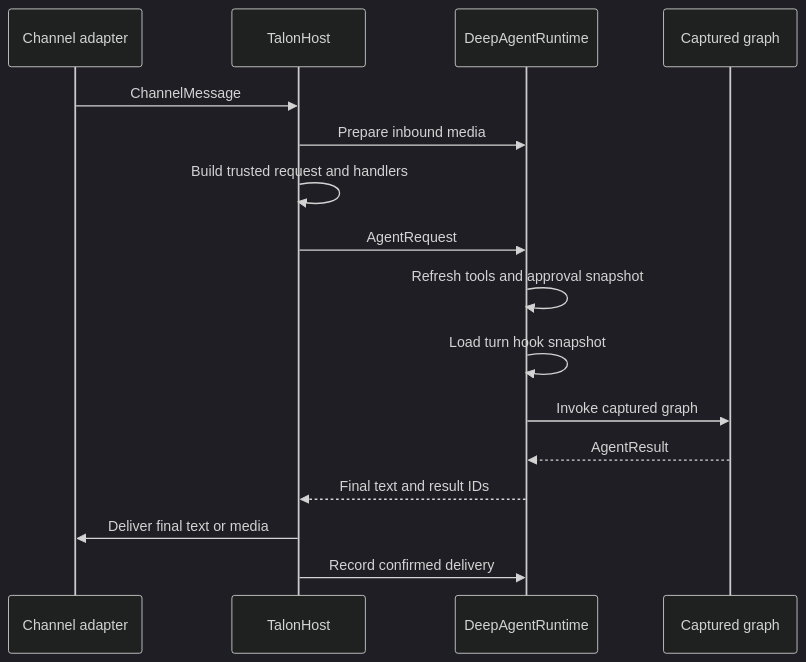
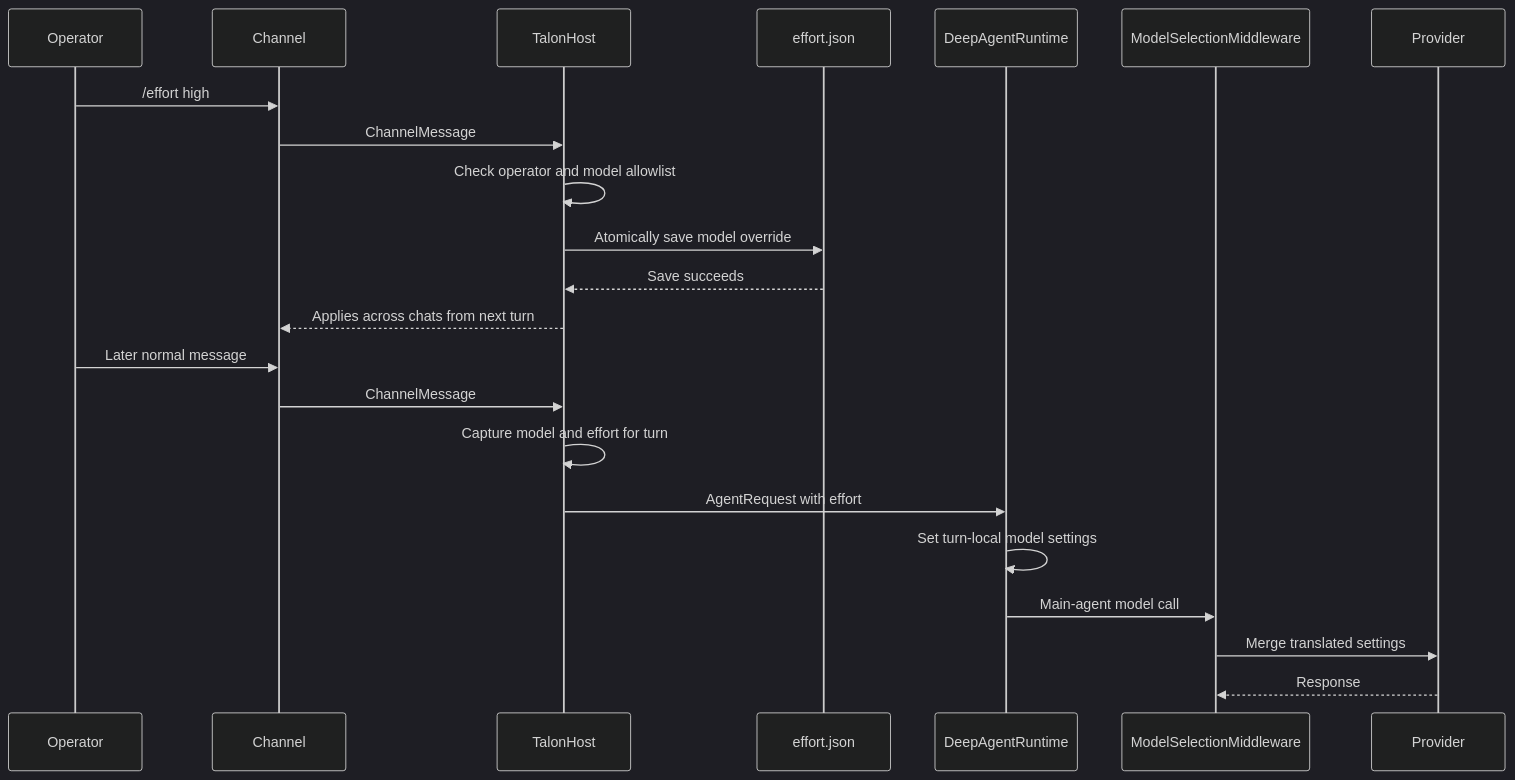
Before and after one commit to langchain-ai/deepagents: the diagram in openwiki/integrations/talon.md, drawn with Mermaid (dark theme). The commit also changed other lines of this file and 14 other files, not shown here.

````diff
--- a/openwiki/integrations/talon.md
+++ b/openwiki/integrations/talon.md
@@ -98,18 +70,25 @@
 ```mermaid
 sequenceDiagram
-    participant Adapter as Channel adapter
+    participant Operator
+    participant Channel
     participant Host as TalonHost
+    participant Store as effort.json
     participant Runtime as DeepAgentRuntime
-    participant Graph as Captured graph
-    Adapter->>Host: ChannelMessage
-    Host->>Runtime: Prepare inbound media
-    Host->>Host: Build trusted request and handlers
-    Host->>Runtime: AgentRequest
-    Runtime->>Runtime: Refresh tools and approval snapshot
-    Runtime->>Runtime: Load turn hook snapshot
-    Runtime->>Graph: Invoke captured graph
-    Graph-->>Runtime: AgentResult
-    Runtime-->>Host: Final text and result IDs
-    Host->>Adapter: Deliver final text or media
-    Host->>Runtime: Record confirmed delivery
+    participant Middleware as ModelSelectionMiddleware
+    participant Provider
+
+    Operator->>Channel: /effort high
+    Channel->>Host: ChannelMessage
+    Host->>Host: Check operator and model allowlist
+    Host->>Store: Atomically save model override
+    Store-->>Host: Save succeeds
+    Host-->>Channel: Applies across chats from next turn
+    Operator->>Channel: Later normal message
+    Channel->>Host: ChannelMessage
+    Host->>Host: Capture model and effort for turn
+    Host->>Runtime: AgentRequest with effort
+    Runtime->>Runtime: Set turn-local model settings
+    Runtime->>Middleware: Main-agent model call
+    Middleware->>Provider: Merge translated settings
+    Provider-->>Middleware: Response
 ```
````
